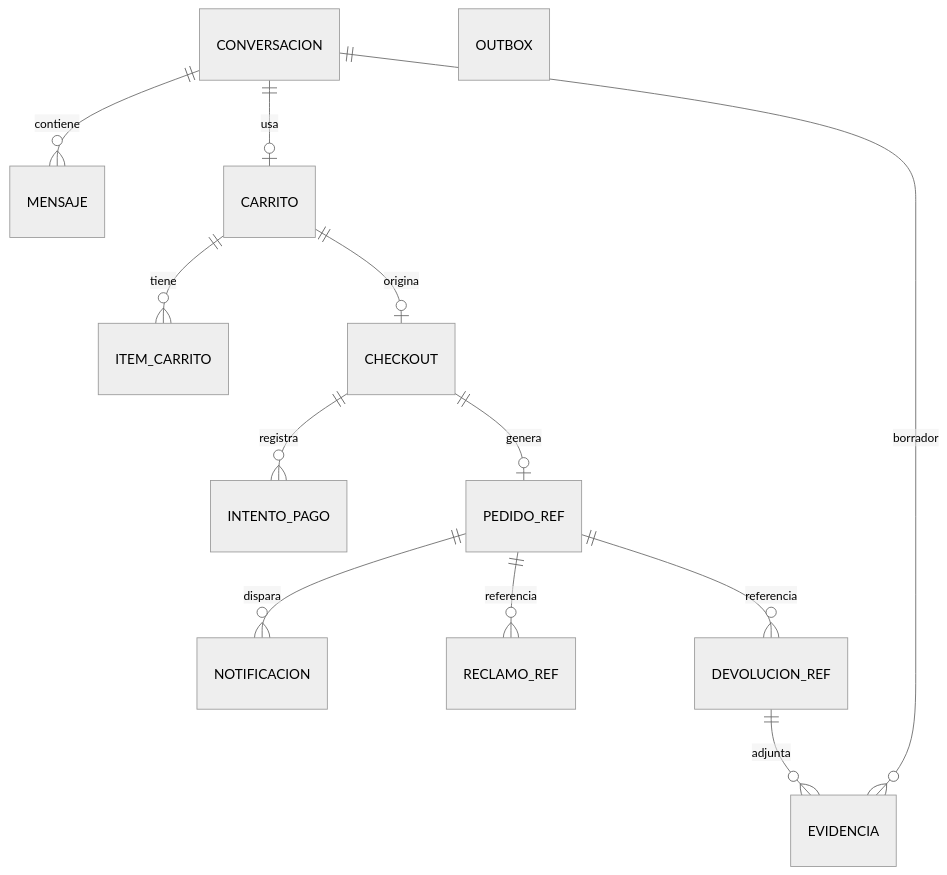
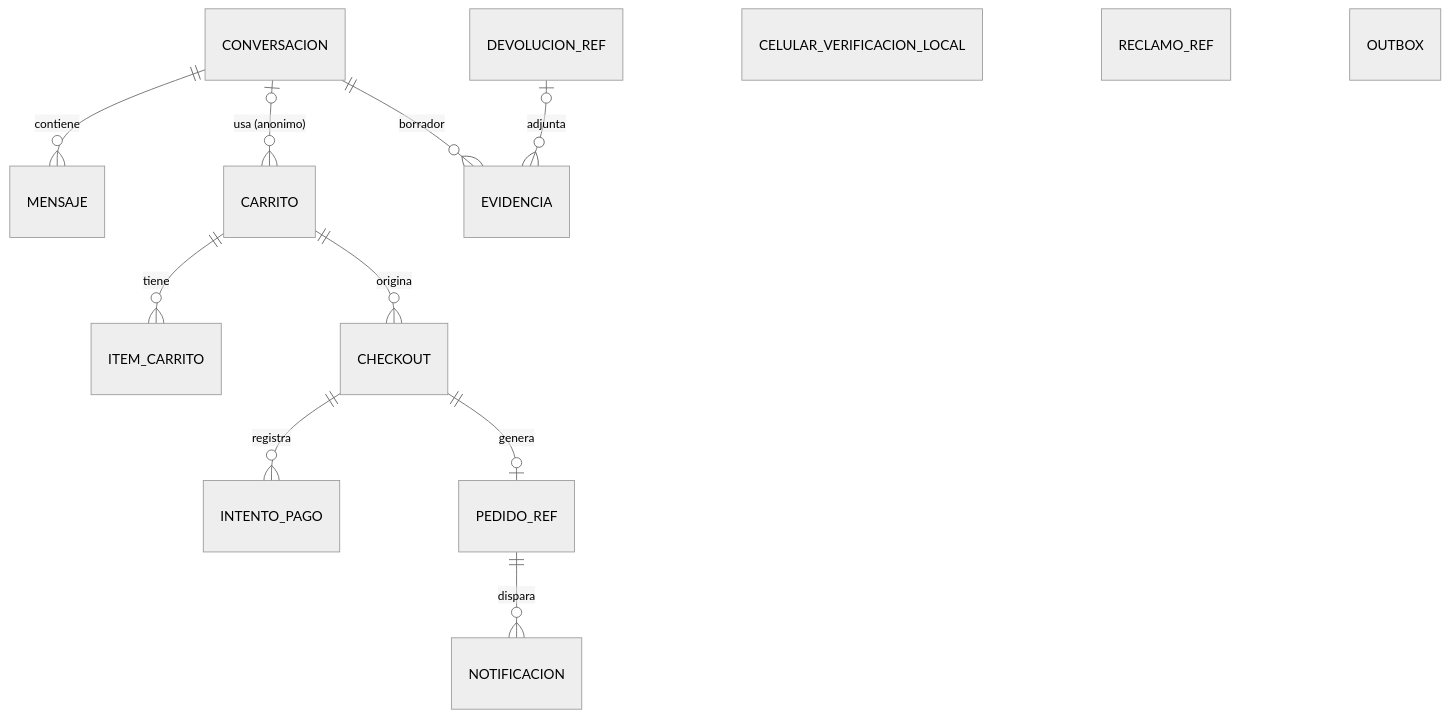
The diagram in docs/modelo-datos.md (Taller-SW-Web/G3-Chatbot-specs), drawn with Mermaid (neutral theme) before and after one commit. The commit also changed other lines of this file and 5 other files, not shown here.

First line of the commit message:
feat(docs): add logical data model and ERD diagrams for chatbot channel

````diff
--- a/docs/modelo-datos.md
+++ b/docs/modelo-datos.md
@@ -12,15 +32,15 @@
 ```mermaid
 erDiagram
     CONVERSACION ||--o{ MENSAJE : contiene
-    CONVERSACION ||--o| CARRITO : usa
+    CONVERSACION |o--o{ CARRITO : "usa (anonimo)"
     CARRITO ||--o{ ITEM_CARRITO : tiene
-    CARRITO ||--o| CHECKOUT : origina
+    CARRITO ||--o{ CHECKOUT : origina
     CHECKOUT ||--o{ INTENTO_PAGO : registra
     CHECKOUT ||--o| PEDIDO_REF : genera
     PEDIDO_REF ||--o{ NOTIFICACION : dispara
-    PEDIDO_REF ||--o{ RECLAMO_REF : referencia
-    PEDIDO_REF ||--o{ DEVOLUCION_REF : referencia
-    DEVOLUCION_REF ||--o{ EVIDENCIA : adjunta
+    DEVOLUCION_REF |o--o{ EVIDENCIA : adjunta
     CONVERSACION ||--o{ EVIDENCIA : borrador
+    CELULAR_VERIFICACION_LOCAL
+    RECLAMO_REF
     OUTBOX
 ```
````
